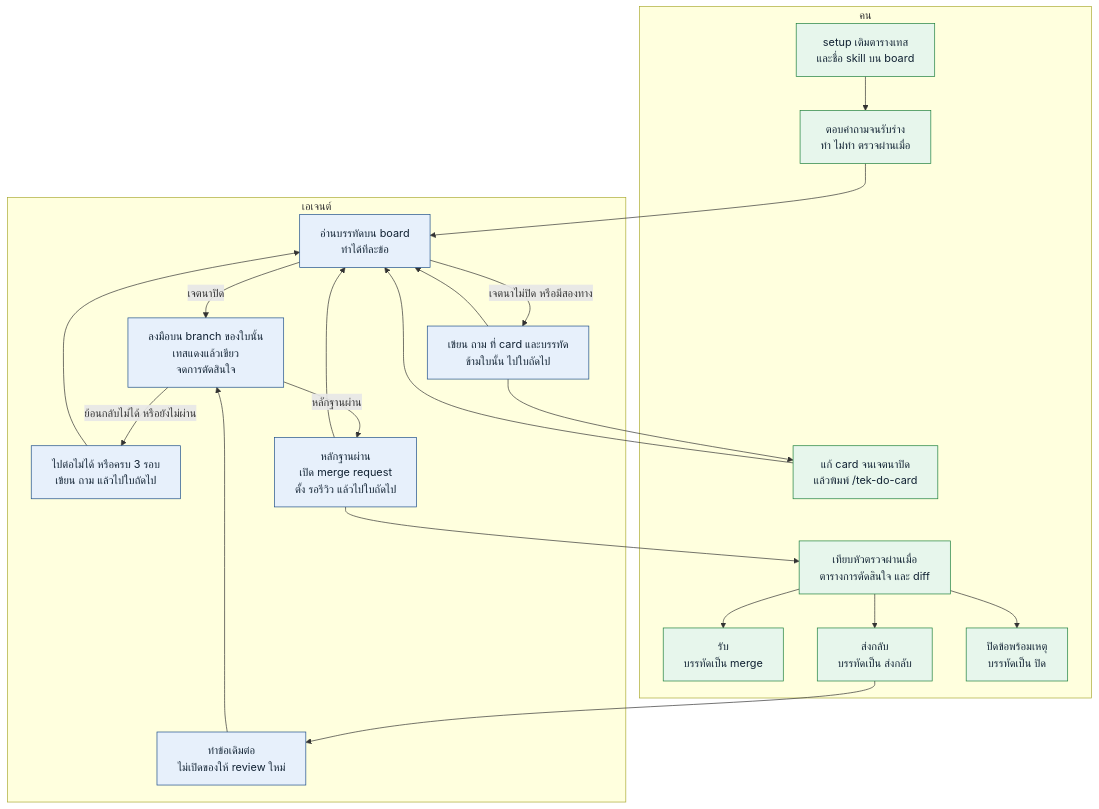
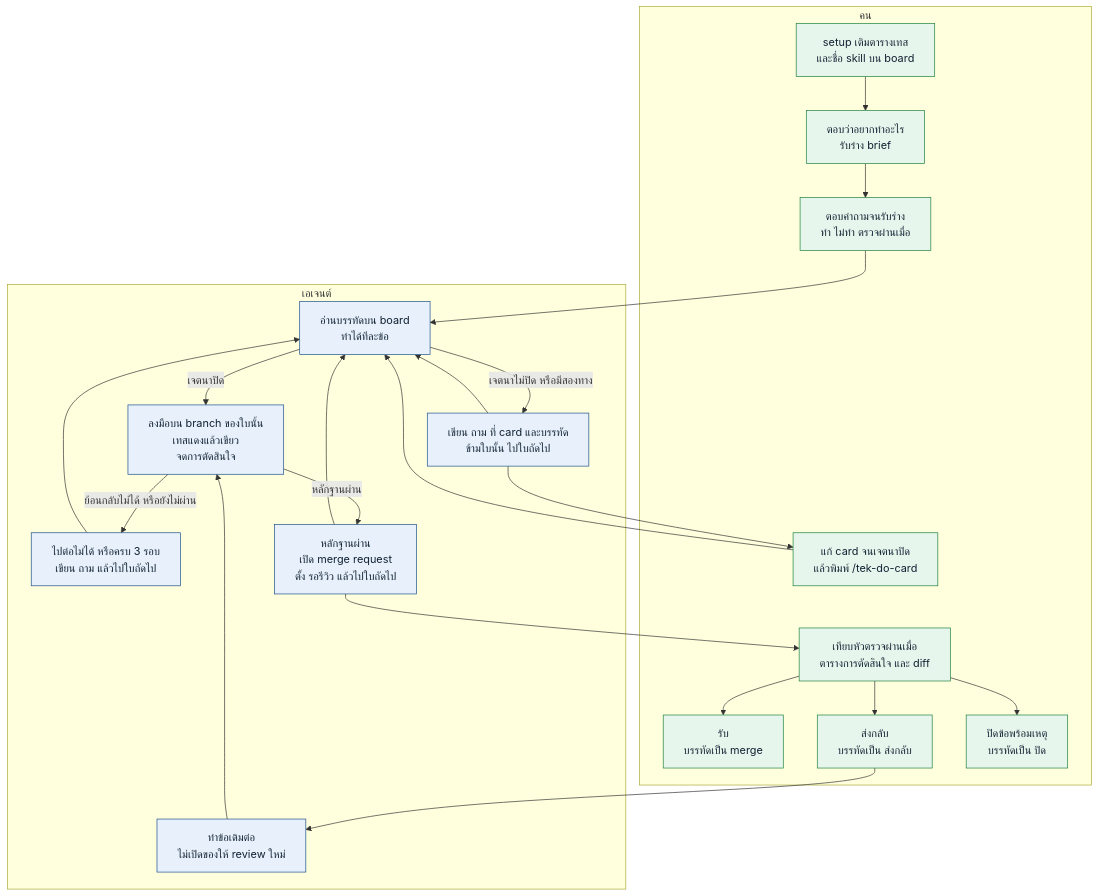
One commit to thitinan147/jtek-skill changed the diagram in README.md. Above: the diagram before and after it, drawn with Mermaid. The commit also changed other lines of this file and 5 other files, not shown here.

````diff
--- a/README.md
+++ b/README.md
@@ -86,41 +87,42 @@
 ```mermaid
 flowchart TD
   subgraph person ["คน"]
     fill["setup เติมตารางเทส<br/>และชื่อ skill บน board"]
+    brief["ตอบว่าอยากทำอะไร<br/>รับร่าง brief"]
     card["ตอบคำถามจนรับร่าง<br/>ทำ ไม่ทำ ตรวจผ่านเมื่อ"]
     edit["แก้ card จนเจตนาปิด<br/>แล้วพิมพ์ /tek-do-card"]
     look["เทียบหัวตรวจผ่านเมื่อ<br/>ตารางการตัดสินใจ และ diff"]
     done["รับ<br/>บรรทัดเป็น merge"]
     back["ส่งกลับ<br/>บรรทัดเป็น ส่งกลับ"]
     drop["ปิดข้อพร้อมเหตุ<br/>บรรทัดเป็น ปิด"]
   end
 
   subgraph agent ["เอเจนต์"]
     line["อ่านบรรทัดบน board<br/>ทำได้ทีละข้อ"]
     ask["เขียน ถาม ที่ card และบรรทัด<br/>ข้ามใบนั้น ไปใบถัดไป"]
     work["ลงมือบน branch ของใบนั้น<br/>เทสแดงแล้วเขียว<br/>จดการตัดสินใจ"]
     stuck["ไปต่อไม่ได้ หรือครบ 3 รอบ<br/>เขียน ถาม แล้วไปใบถัดไป"]
     wait["หลักฐานผ่าน<br/>เปิด merge request<br/>ตั้ง รอรีวิว แล้วไปใบถัดไป"]
     again["ทำข้อเดิมต่อ<br/>ไม่เปิดของให้ review ใหม่"]
   end
 
-  fill --> card --> line
+  fill --> brief --> card --> line
   line -->|เจตนาไม่ปิด หรือมีสองทาง| ask
   ask --> line
   ask --> edit --> line
   line -->|เจตนาปิด| work
   work -->|ย้อนกลับไม่ได้ หรือยังไม่ผ่าน| stuck
   stuck --> line
   work -->|หลักฐานผ่าน| wait
   wait --> line
   wait --> look
   look --> done
   look --> back
   look --> drop
   back --> again --> work
 
   classDef human fill:#e7f6ec,stroke:#1b7f3b,color:#123
   classDef bot fill:#e7f0fb,stroke:#1d4e89,color:#123
-  class fill,card,edit,look,done,back,drop human
+  class fill,brief,card,edit,look,done,back,drop human
   class line,ask,work,stuck,wait,again bot
 ```
````
